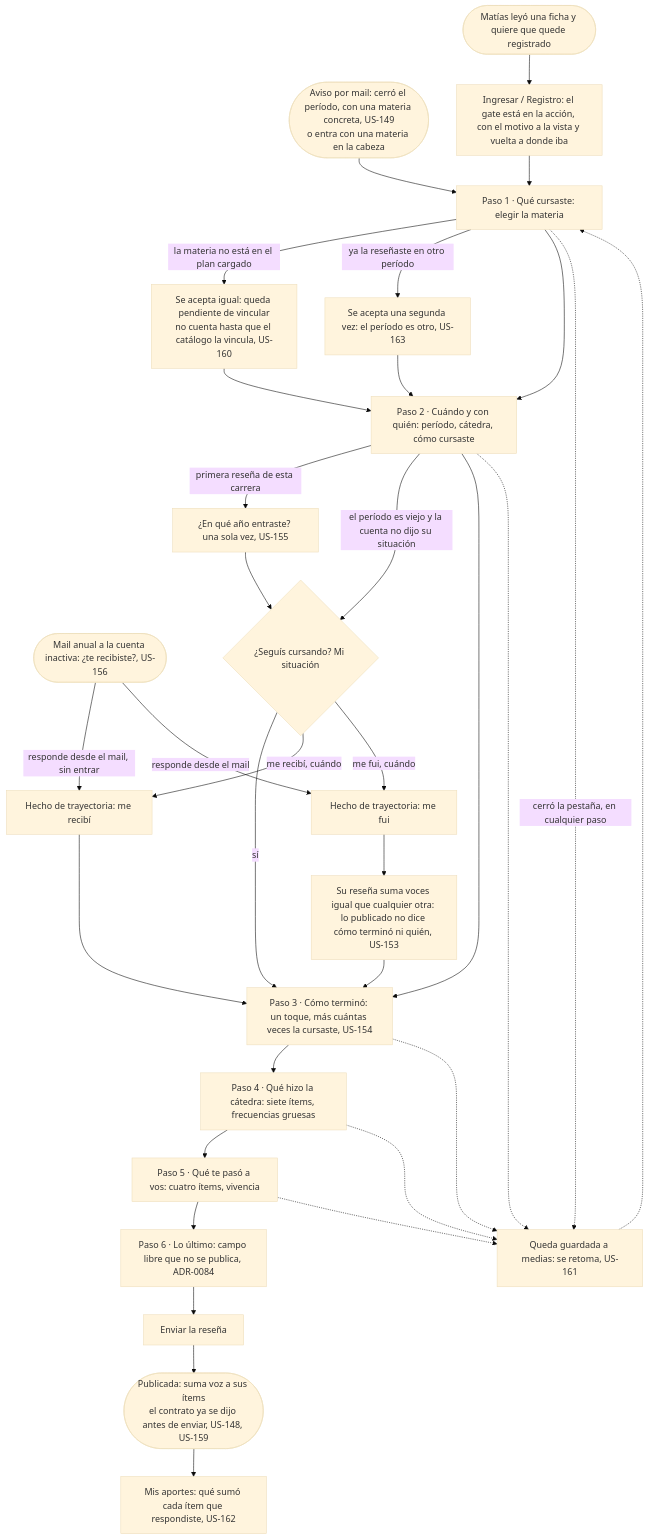
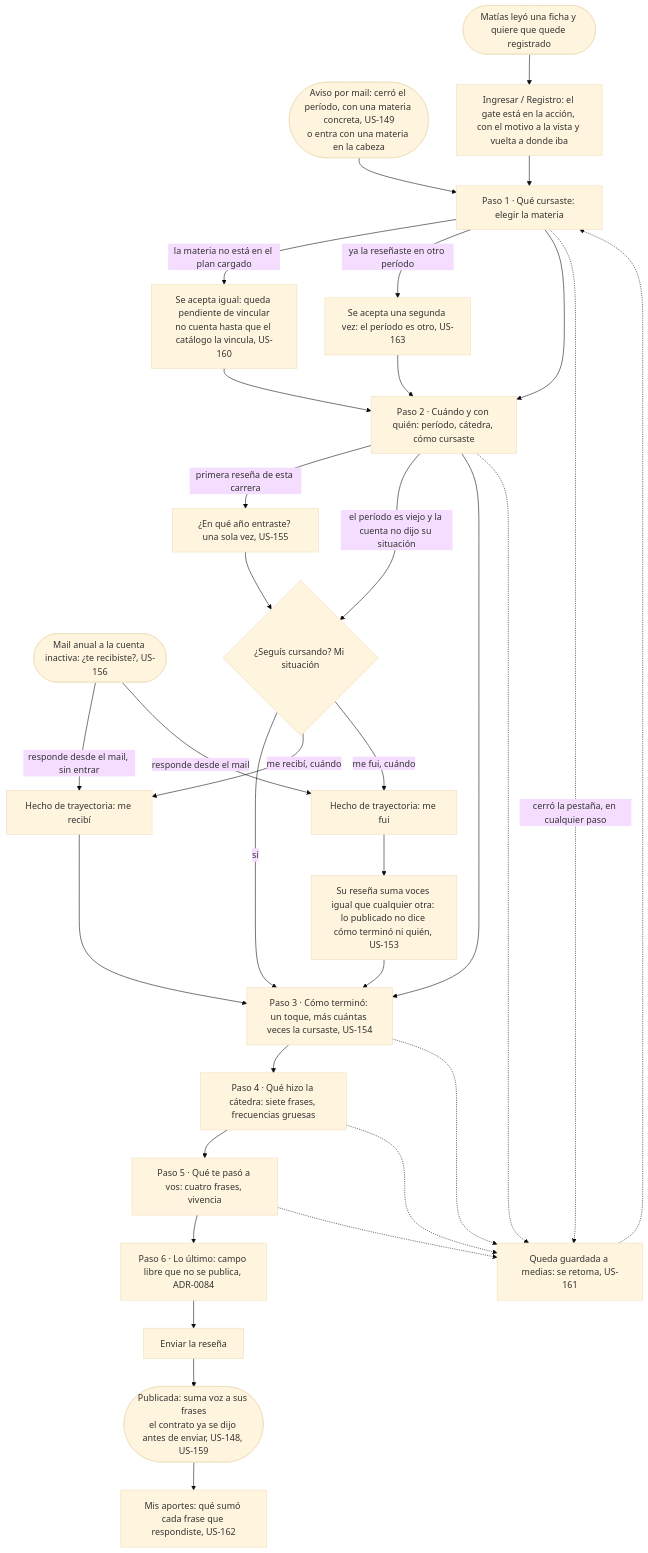
Before and after one commit to lucasidev/plan-b: the diagram in docs/product/student/write-a-review/flow.md, drawn with Mermaid (base theme). The commit also changed other lines of this file and 82 other files, not shown here.

````diff
--- a/docs/product/student/write-a-review/flow.md
+++ b/docs/product/student/write-a-review/flow.md
@@ -5,35 +5,35 @@
 ```mermaid
 flowchart TD
   A([Aviso por mail: cerró el período, con una materia concreta, US-149<br/>o entra con una materia en la cabeza]) --> B[Paso 1 · Qué cursaste: elegir la materia]
   A2([Mail anual a la cuenta inactiva: ¿te recibiste?, US-156]) -->|responde desde el mail, sin entrar| G3
   A2 -->|responde desde el mail| G4
   M([Matías leyó una ficha y quiere que quede registrado]) --> M1[Ingresar / Registro: el gate está en la acción, con el motivo a la vista y vuelta a donde iba]
   M1 --> B
   B -->|la materia no está en el plan cargado| B2[Se acepta igual: queda pendiente de vincular<br/>no cuenta hasta que el catálogo la vincula, US-160]
   B2 --> C
   B -->|ya la reseñaste en otro período| B3[Se acepta una segunda vez: el período es otro, US-163]
   B3 --> C
   B --> C[Paso 2 · Cuándo y con quién: período, cátedra, cómo cursaste]
   C -->|primera reseña de esta carrera| G1[¿En qué año entraste? una sola vez, US-155]
   G1 --> G2
   C -->|el período es viejo y la cuenta no dijo su situación| G2{¿Seguís cursando? Mi situación}
   G2 -->|sí| D
   G2 -->|me recibí, cuándo| G3[Hecho de trayectoria: me recibí]
   G2 -->|me fui, cuándo| G4[Hecho de trayectoria: me fui]
   G3 --> D
   G4 --> G5[Su reseña suma voces igual que cualquier otra: lo publicado no dice cómo terminó ni quién, US-153]
   G5 --> D
   C --> D[Paso 3 · Cómo terminó: un toque, más cuántas veces la cursaste, US-154]
-  D --> E[Paso 4 · Qué hizo la cátedra: siete ítems, frecuencias gruesas]
-  E --> F[Paso 5 · Qué te pasó a vos: cuatro ítems, vivencia]
+  D --> E[Paso 4 · Qué hizo la cátedra: siete frases, frecuencias gruesas]
+  E --> F[Paso 5 · Qué te pasó a vos: cuatro frases, vivencia]
   F --> H[Paso 6 · Lo último: campo libre que no se publica, ADR-0084]
   H --> I[Enviar la reseña]
-  I --> K([Publicada: suma voz a sus ítems<br/>el contrato ya se dijo antes de enviar, US-148, US-159])
+  I --> K([Publicada: suma voz a sus frases<br/>el contrato ya se dijo antes de enviar, US-148, US-159])
   B -.->|cerró la pestaña, en cualquier paso| R[Queda guardada a medias: se retoma, US-161]
   C -.-> R
   D -.-> R
   E -.-> R
   F -.-> R
   R -.-> B
-  K --> L[Mis aportes: qué sumó cada ítem que respondiste, US-162]
+  K --> L[Mis aportes: qué sumó cada frase que respondiste, US-162]
 ```
````
